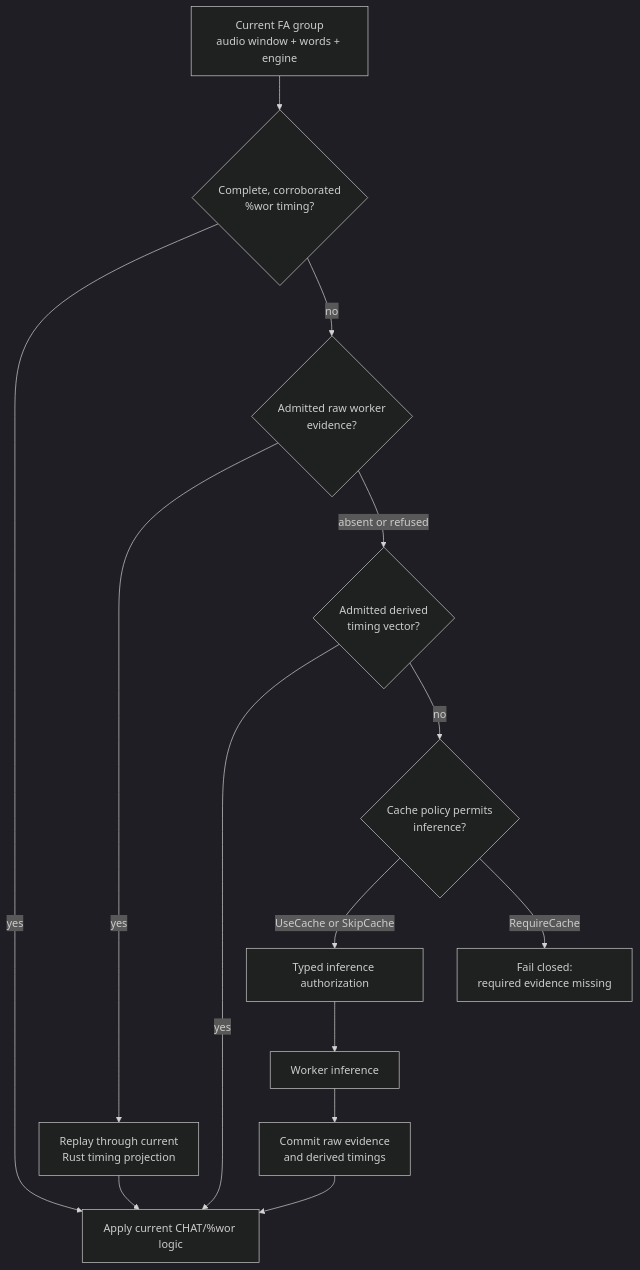
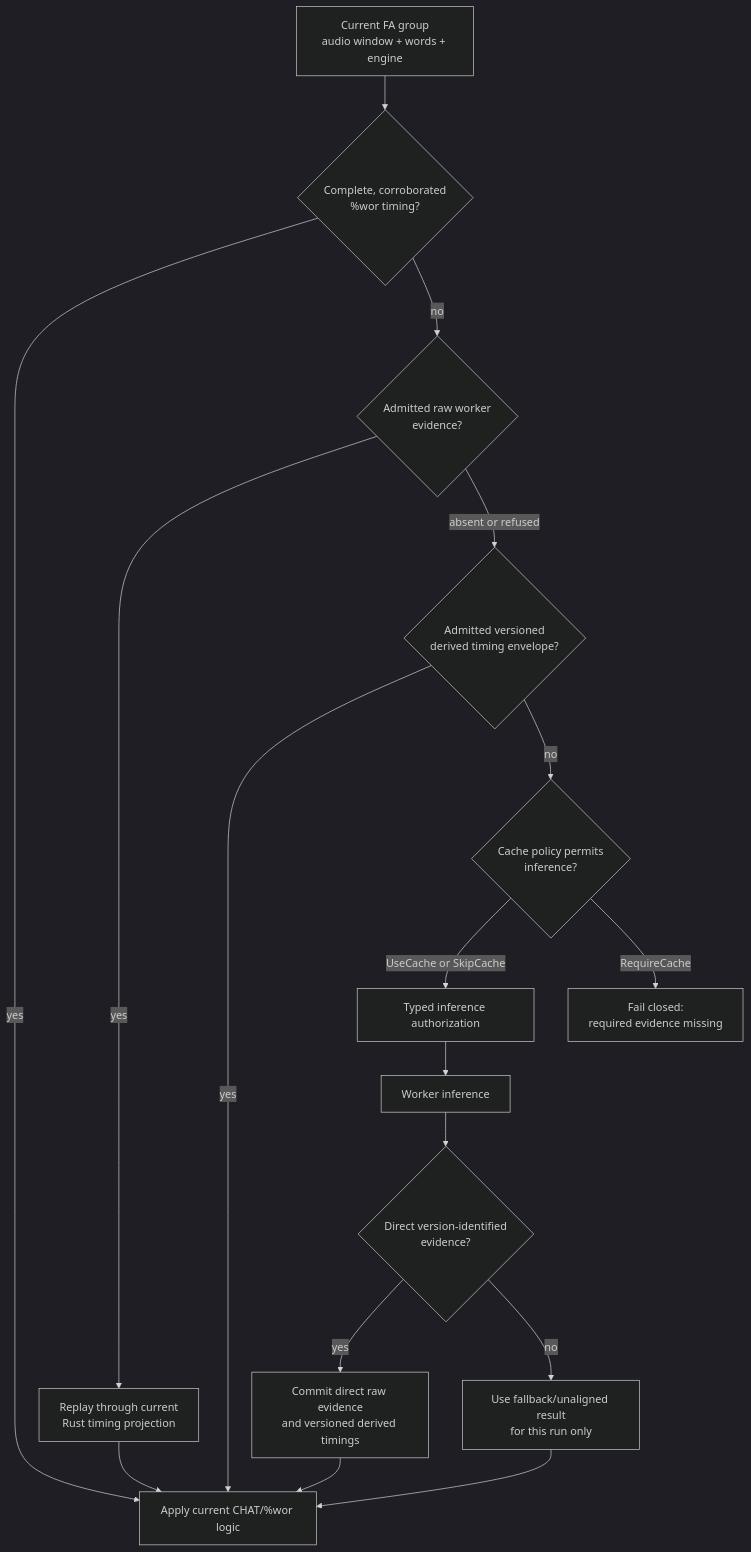
The second of 2 diagrams in book/src/batchalign/developer/commands/align.md (TalkBank/talkbank-tools), drawn with Mermaid (dark theme) before and after one commit. The commit also changed other lines of this file and 84 other files, not shown here.

````diff
--- a/book/src/batchalign/developer/commands/align.md
+++ b/book/src/batchalign/developer/commands/align.md
@@ -129,24 +179,28 @@
 ```mermaid
 flowchart TD
     G["Current FA group<br/>audio window + words + engine"]
     W{"Complete, corroborated<br/>%wor timing?"}
     R{"Admitted raw worker<br/>evidence?"}
     RP["Replay through current<br/>Rust timing projection"]
-    D{"Admitted derived<br/>timing vector?"}
+    D{"Admitted versioned<br/>derived timing envelope?"}
     P{"Cache policy permits<br/>inference?"}
     A["Typed inference authorization"]
     I["Worker inference"]
-    C["Commit raw evidence<br/>and derived timings"]
+    V{"Direct version-identified<br/>evidence?"}
+    C["Commit direct raw evidence<br/>and versioned derived timings"]
+    L["Use fallback/unaligned result<br/>for this run only"]
     F["Fail closed:<br/>required evidence missing"]
     O["Apply current CHAT/%wor logic"]
 
     G --> W
     W -->|yes| O
     W -->|no| R
     R -->|yes| RP --> O
     R -->|absent or refused| D
     D -->|yes| O
     D -->|no| P
-    P -->|UseCache or SkipCache| A --> I --> C --> O
+    P -->|UseCache or SkipCache| A --> I --> V
+    V -->|yes| C --> O
+    V -->|no| L --> O
     P -->|RequireCache| F
 ```
````
